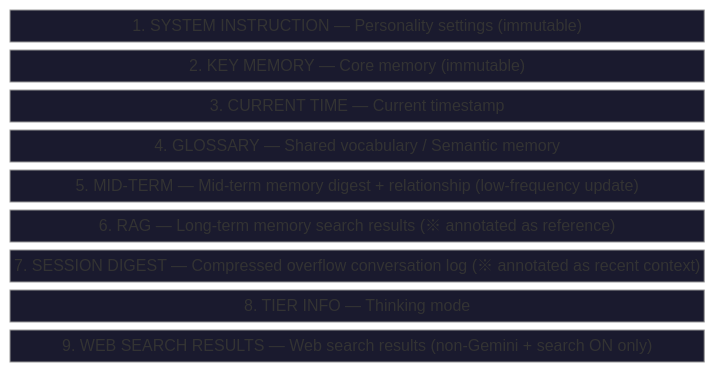
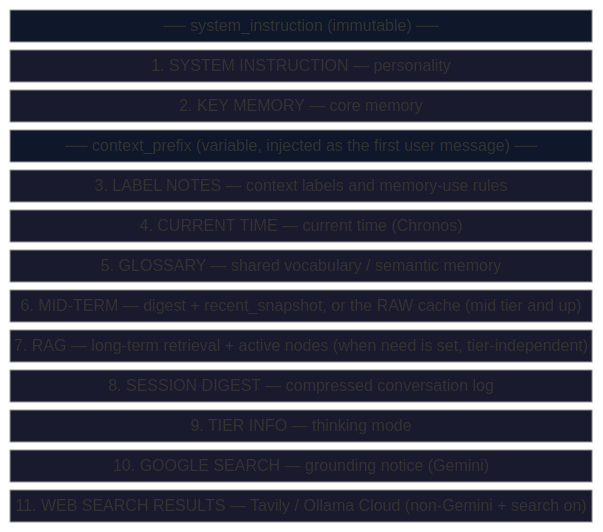
Before and after one commit to unagisann/Butly: the second of 11 diagrams in docs/reference/DIAGRAMS.md, drawn with Mermaid (neutral theme). The commit also changed other lines of this file and 28 other files, not shown here.

````diff
--- a/docs/reference/DIAGRAMS.md
+++ b/docs/reference/DIAGRAMS.md
@@ -44,23 +60,31 @@
 ```mermaid
 block-beta
     columns 1
-    A["1. SYSTEM INSTRUCTION — Personality settings (immutable)"]
-    B["2. KEY MEMORY — Core memory (immutable)"]
-    C["3. CURRENT TIME — Current timestamp"]
-    D["4. GLOSSARY — Shared vocabulary / Semantic memory"]
-    E["5. MID-TERM — Mid-term memory digest + relationship (low-frequency update)"]
-    F["6. RAG — Long-term memory search results (※ annotated as reference)"]
-    G["7. SESSION DIGEST — Compressed overflow conversation log (※ annotated as recent context)"]
-    H["8. TIER INFO — Thinking mode"]
-    I["9. WEB SEARCH RESULTS — Web search results (non-Gemini + search ON only)"]
+    T1["── system_instruction (immutable) ──"]
+    A["1. SYSTEM INSTRUCTION — personality"]
+    B["2. KEY MEMORY — core memory"]
+    T2["── context_prefix (variable, injected as the first user message) ──"]
+    C["3. LABEL NOTES — context labels and memory-use rules"]
+    D["4. CURRENT TIME — current time (Chronos)"]
+    E["5. GLOSSARY — shared vocabulary / semantic memory"]
+    F["6. MID-TERM — digest + recent_snapshot, or the RAW cache (mid tier and up)"]
+    G["7. RAG — long-term retrieval + active nodes (when need is set, tier-independent)"]
+    H["8. SESSION DIGEST — compressed conversation log"]
+    I["9. TIER INFO — thinking mode"]
+    J["10. GOOGLE SEARCH — grounding notice (Gemini)"]
+    K["11. WEB SEARCH RESULTS — Tavily / Ollama Cloud (non-Gemini + search on)"]
 
+    style T1 fill:#0f172a,color:#94a3b8
+    style T2 fill:#0f172a,color:#94a3b8
     style A fill:#1a1a2e,color:#ec4899
     style B fill:#1a1a2e,color:#f59e0b
-    style C fill:#1a1a2e,color:#8899aa
-    style D fill:#1a1a2e,color:#a78bfa
-    style E fill:#1a1a2e,color:#10b981
-    style F fill:#1a1a2e,color:#ef4444
-    style G fill:#1a1a2e,color:#3b82f6
-    style H fill:#1a1a2e,color:#556677
-    style I fill:#1a1a2e,color:#f97316
+    style C fill:#1a1a2e,color:#64748b
+    style D fill:#1a1a2e,color:#8899aa
+    style E fill:#1a1a2e,color:#a78bfa
+    style F fill:#1a1a2e,color:#10b981
+    style G fill:#1a1a2e,color:#ef4444
+    style H fill:#1a1a2e,color:#3b82f6
+    style I fill:#1a1a2e,color:#556677
+    style J fill:#1a1a2e,color:#22d3ee
+    style K fill:#1a1a2e,color:#f97316
 ```
````
